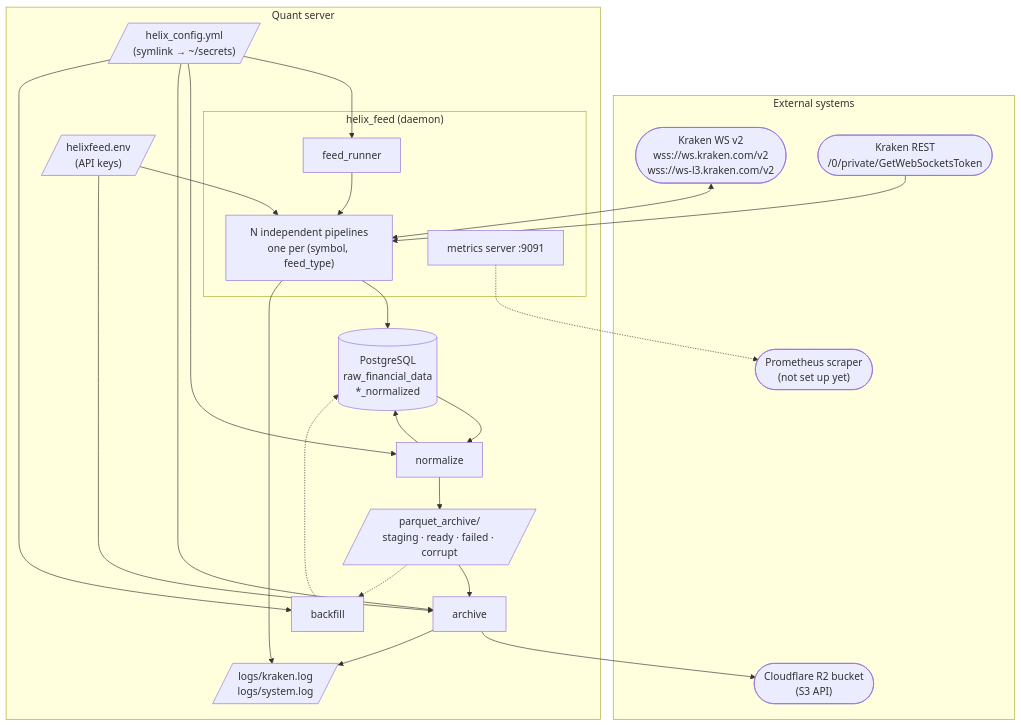
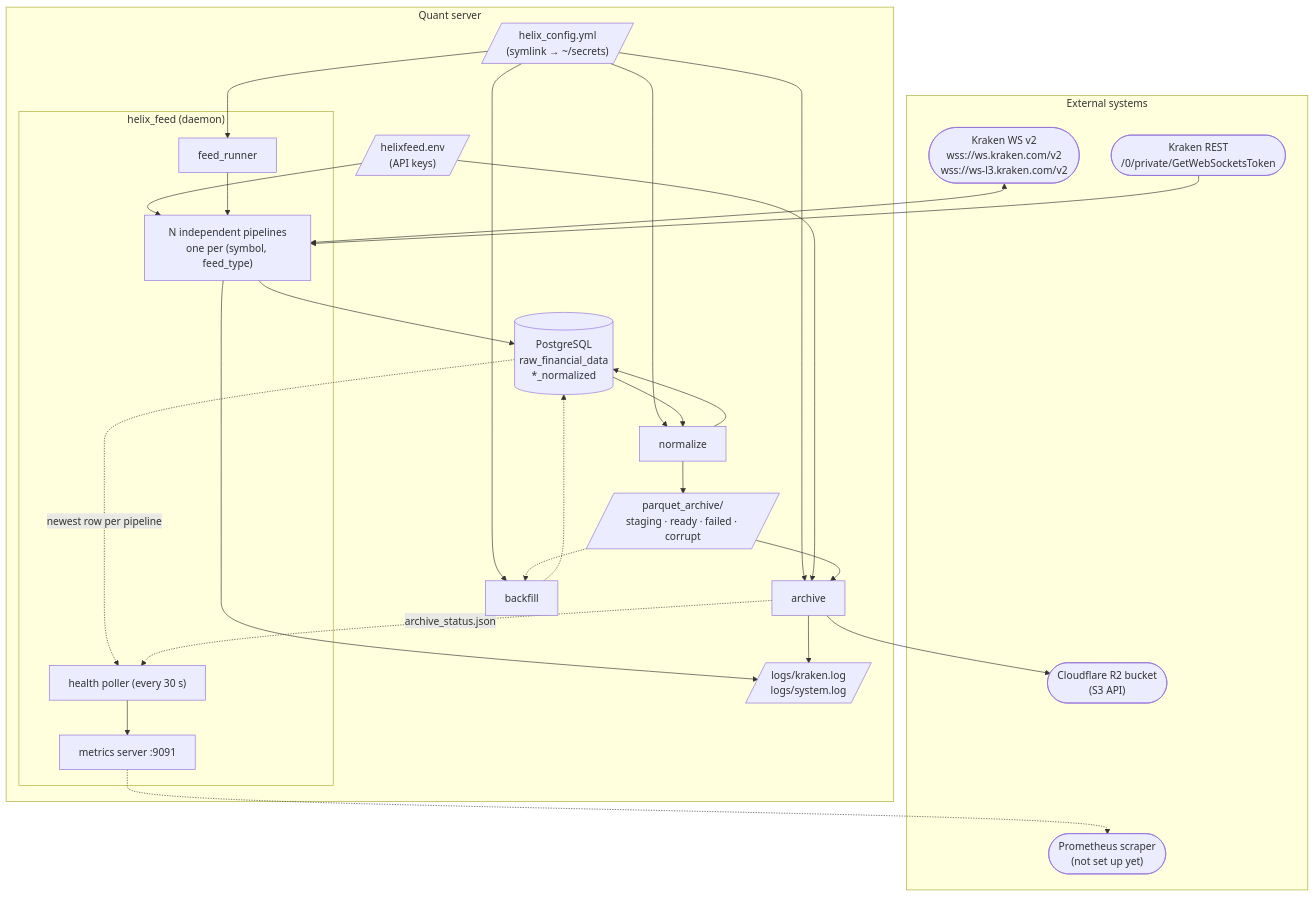
One commit to Dakotah-Torres/HelixFeed changed the first of 4 diagrams in docs/architecture.md. Above: the diagram before and after it, drawn with Mermaid. The commit also changed other lines of this file and 20 other files, not shown here.

````diff
--- a/docs/architecture.md
+++ b/docs/architecture.md
@@ -25,42 +25,46 @@
 ```mermaid
 flowchart TB
     subgraph EXT["External systems"]
         KWS(["Kraken WS v2<br/>wss://ws.kraken.com/v2<br/>wss://ws-l3.kraken.com/v2"])
         KREST(["Kraken REST<br/>/0/private/GetWebSocketsToken"])
         R2(["Cloudflare R2 bucket<br/>(S3 API)"])
         PROM(["Prometheus scraper<br/>(not set up yet)"])
     end
 
     subgraph HOST["Quant server"]
         CFG[/"helix_config.yml<br/>(symlink → ~/secrets)"/]
         ENV[/"helixfeed.env<br/>(API keys)"/]
 
         subgraph DAEMON["helix_feed (daemon)"]
             FR["feed_runner"]
             PIPE["N independent pipelines<br/>one per (symbol, feed_type)"]
             MET["metrics server :9091"]
+            HP["health poller (every 30 s)"]
         end
 
         NORM["normalize"]
         ARCH["archive"]
         BACK["backfill"]
 
         PG[("PostgreSQL<br/>raw_financial_data<br/>*_normalized")]
         DISK[/"parquet_archive/<br/>staging · ready · failed · corrupt"/]
         LOGS[/"logs/kraken.log<br/>logs/system.log"/]
     end
 
     CFG --> FR & NORM & ARCH & BACK
     ENV --> PIPE & ARCH
     KWS <--> PIPE
     KREST --> PIPE
     PIPE --> PG
     PIPE --> LOGS
     FR --> PIPE
     MET -.-> PROM
+    PG -. "newest row per pipeline" .-> HP
+    ARCH -. "archive_status.json" .-> HP
+    HP --> MET
     PG --> NORM --> PG
     NORM --> DISK
     DISK --> ARCH --> R2
     ARCH --> LOGS
     DISK -.-> BACK -.-> PG
 ```
````
